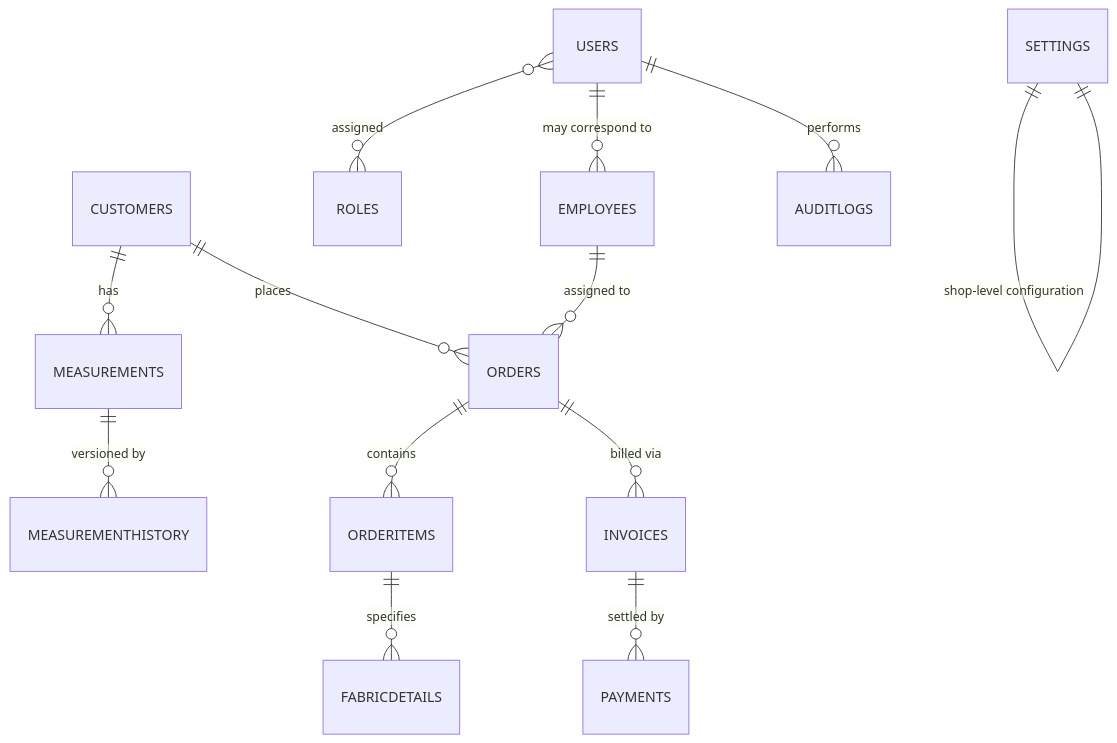
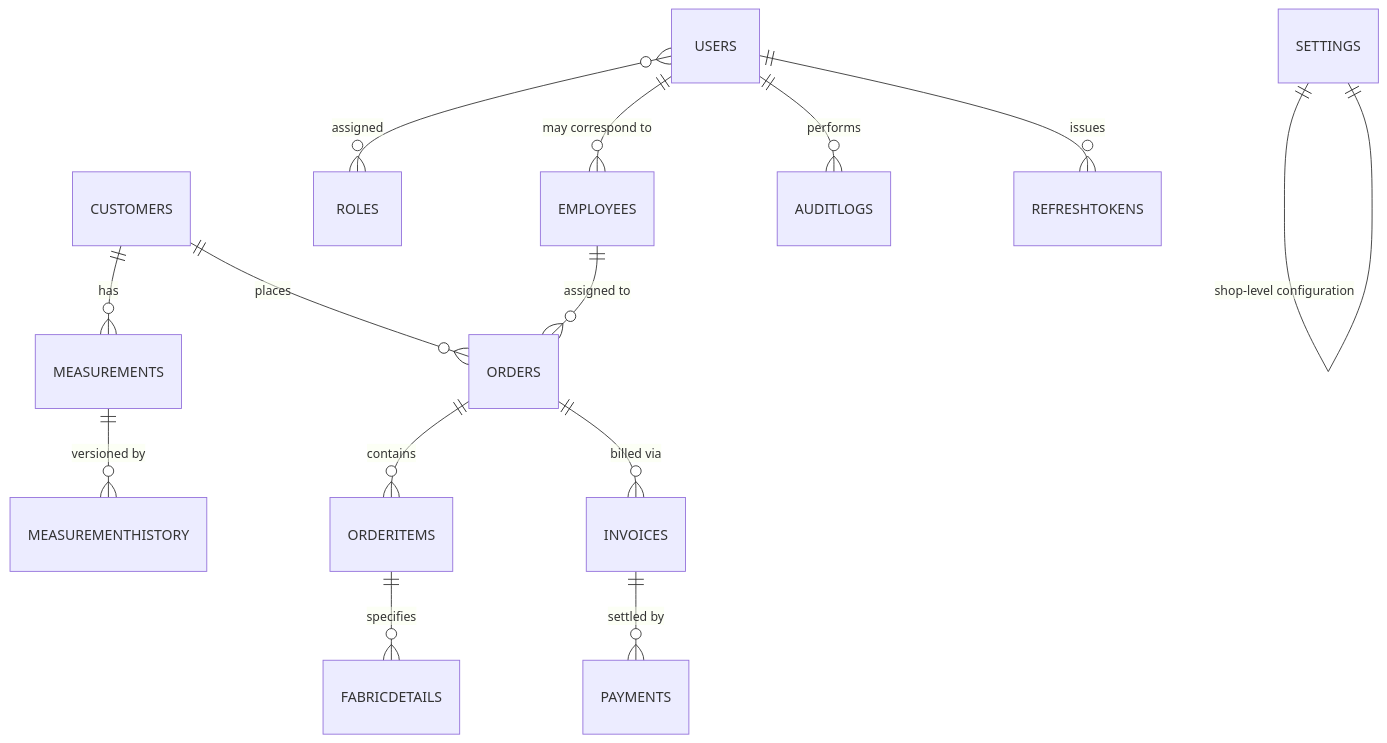
Before and after one commit to code-with-murali/Mathilens_TailoringERP: the diagram in docs/02_DATABASE.md, drawn with Mermaid. The commit also changed other lines of this file and 25 other files, not shown here.

````diff
--- a/docs/02_DATABASE.md
+++ b/docs/02_DATABASE.md
@@ -168,15 +168,16 @@
 ```mermaid
 erDiagram
     USERS ||--o{ EMPLOYEES : "may correspond to"
     USERS }o--o{ ROLES : "assigned"
     CUSTOMERS ||--o{ MEASUREMENTS : has
     MEASUREMENTS ||--o{ MEASUREMENTHISTORY : "versioned by"
     CUSTOMERS ||--o{ ORDERS : places
     EMPLOYEES ||--o{ ORDERS : "assigned to"
     ORDERS ||--o{ ORDERITEMS : contains
     ORDERITEMS ||--o{ FABRICDETAILS : specifies
     ORDERS ||--o{ INVOICES : "billed via"
     INVOICES ||--o{ PAYMENTS : "settled by"
     USERS ||--o{ AUDITLOGS : performs
+    USERS ||--o{ REFRESHTOKENS : issues
     SETTINGS ||--|| SETTINGS : "shop-level configuration"
 ```
````
